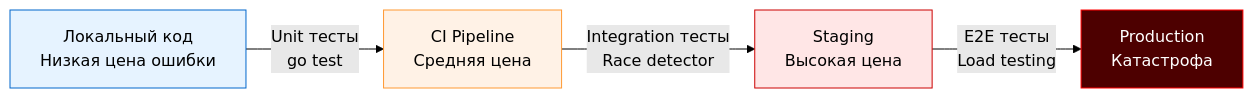
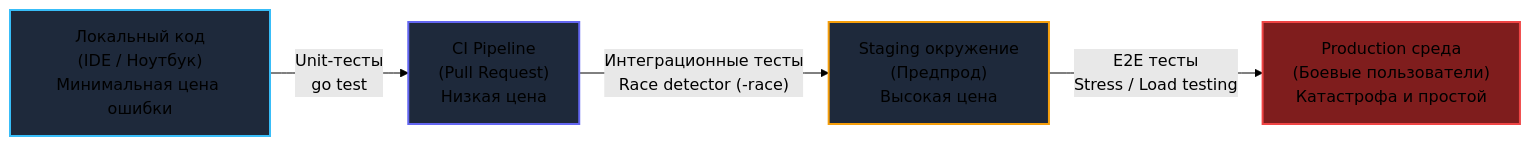
Before and after one commit to UnrealTemplier/go-textbook: the diagram in sources/15. Тестирование в Go (QA & Testing)/01. Фундамент/1. Обзор раздела. Роль тестирования в backend разработке.md, drawn with Mermaid (forest theme). The commit also changed other lines of this file, not shown here.

````diff
--- a/sources/15. Тестирование в Go (QA & Testing)/01. Фундамент/1. Обзор раздела. Роль тестирования в backend разработке.md
+++ b/sources/15. Тестирование в Go (QA & Testing)/01. Фундамент/1. Обзор раздела. Роль тестирования в backend разработке.md
@@ -27,11 +45,11 @@
 ```mermaid
 flowchart LR
-    A["Локальный код<br>Низкая цена ошибки"] -->|"Unit тесты<br>go test"| B["CI Pipeline<br>Средняя цена"]
-    B -->|"Integration тесты<br>Race detector"| C["Staging<br>Высокая цена"]
-    C -->|"E2E тесты<br>Load testing"| D["Production<br>Катастрофа"]
+    A["Локальный код<br>(IDE / Ноутбук)<br>Минимальная цена ошибки"] -->|"Unit-тесты<br>go test"| B["CI Pipeline<br>(Pull Request)<br>Низкая цена"]
+    B -->|"Интеграционные тесты<br>Race detector (-race)"| C["Staging окружение<br>(Предпрод)<br>Высокая цена"]
+    C -->|"E2E тесты<br>Stress / Load testing"| D["Production среда<br>(Боевые пользователи)<br>Катастрофа и простой"]
     
-    style A fill:#e6f3ff,stroke:#0066cc
-    style B fill:#fff2e6,stroke:#ff9933
-    style C fill:#ffe6e6,stroke:#cc0000
-    style D fill:#4d0000,stroke:#ff0000,color:#fff
+    style A fill:#1e293b,stroke:#38bdf8,stroke-width:2px
+    style B fill:#1e293b,stroke:#6366f1,stroke-width:2px
+    style C fill:#1e293b,stroke:#f59e0b,stroke-width:2px
+    style D fill:#7f1d1d,stroke:#ef4444,stroke-width:2px
 ```
````
